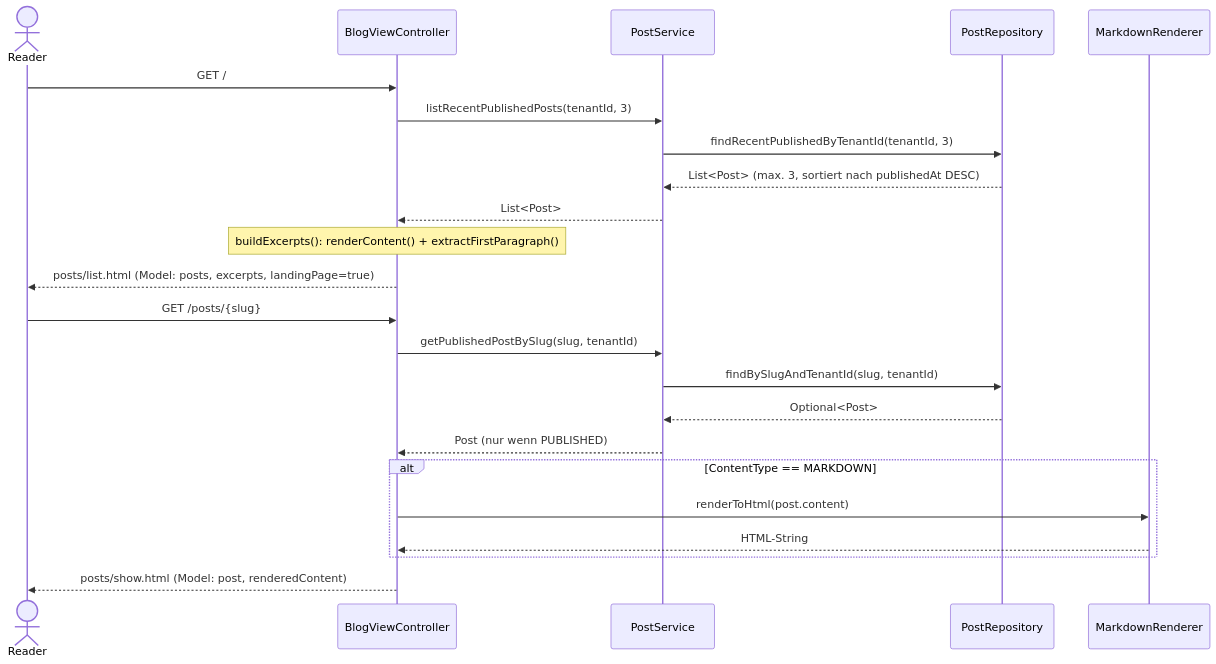
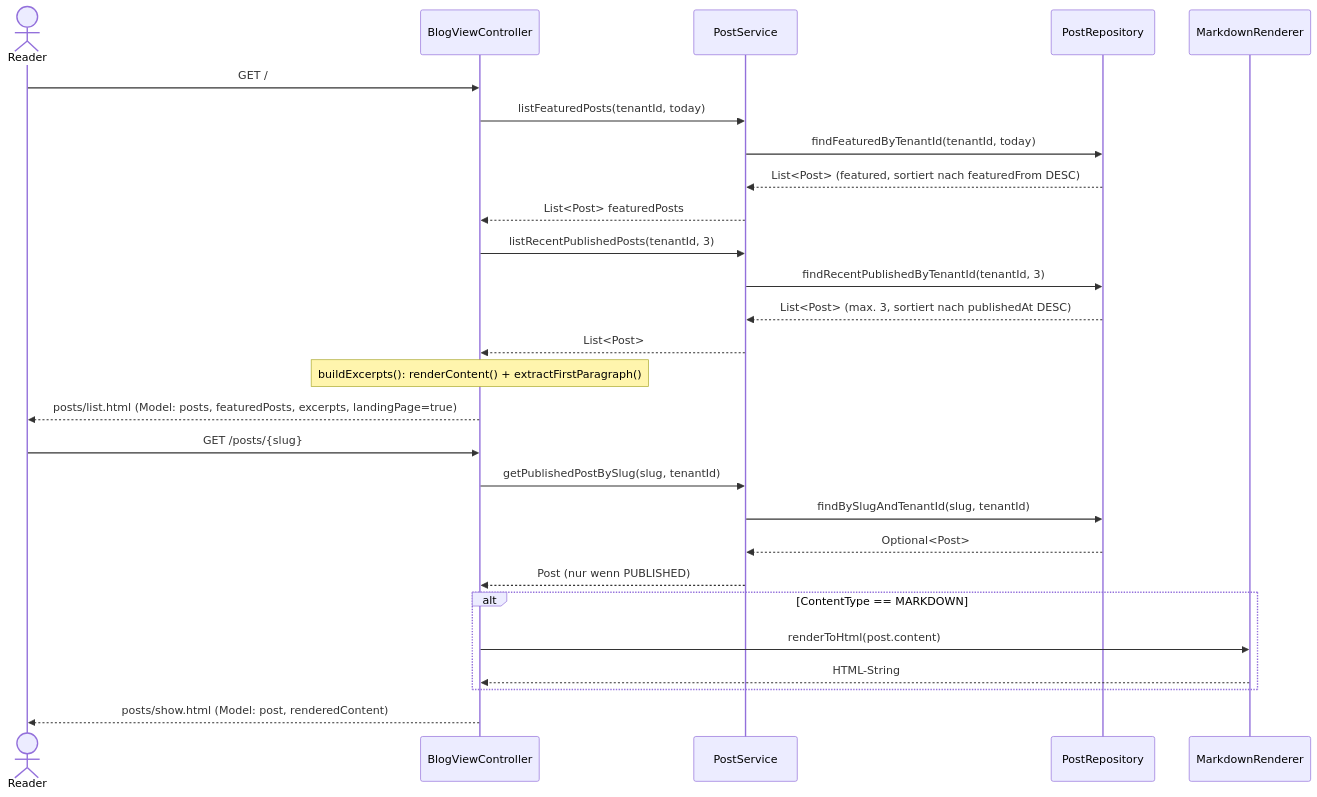
The fifth of 13 diagrams in docs/design/modules/ROOT/pages/blog-content/index.adoc (tomirgang/tomsblog), drawn with Mermaid before and after one commit. The commit also changed other lines of this file and 10 other files, not shown here.

Commit message:
featured posts

```diff
--- a/docs/design/modules/ROOT/pages/blog-content/index.adoc
+++ b/docs/design/modules/ROOT/pages/blog-content/index.adoc
@@ -484,28 +490,32 @@
 [mermaid]
 ----
 sequenceDiagram
     actor Reader
     participant Controller as BlogViewController
     participant Service as PostService
     participant Repo as PostRepository
     participant MD as MarkdownRenderer
 
     Reader->>Controller: GET /
+    Controller->>Service: listFeaturedPosts(tenantId, today)
+    Service->>Repo: findFeaturedByTenantId(tenantId, today)
+    Repo-->>Service: List<Post> (featured, sortiert nach featuredFrom DESC)
+    Service-->>Controller: List<Post> featuredPosts
     Controller->>Service: listRecentPublishedPosts(tenantId, 3)
     Service->>Repo: findRecentPublishedByTenantId(tenantId, 3)
     Repo-->>Service: List<Post> (max. 3, sortiert nach publishedAt DESC)
     Service-->>Controller: List<Post>
     Note over Controller: buildExcerpts(): renderContent() + extractFirstParagraph()
-    Controller-->>Reader: posts/list.html (Model: posts, excerpts, landingPage=true)
+    Controller-->>Reader: posts/list.html (Model: posts, featuredPosts, excerpts, landingPage=true)
 
     Reader->>Controller: GET /posts/{slug}
     Controller->>Service: getPublishedPostBySlug(slug, tenantId)
     Service->>Repo: findBySlugAndTenantId(slug, tenantId)
     Repo-->>Service: Optional<Post>
     Service-->>Controller: Post (nur wenn PUBLISHED)
     alt ContentType == MARKDOWN
         Controller->>MD: renderToHtml(post.content)
         MD-->>Controller: HTML-String
     end
     Controller-->>Reader: posts/show.html (Model: post, renderedContent)
 ----
```
